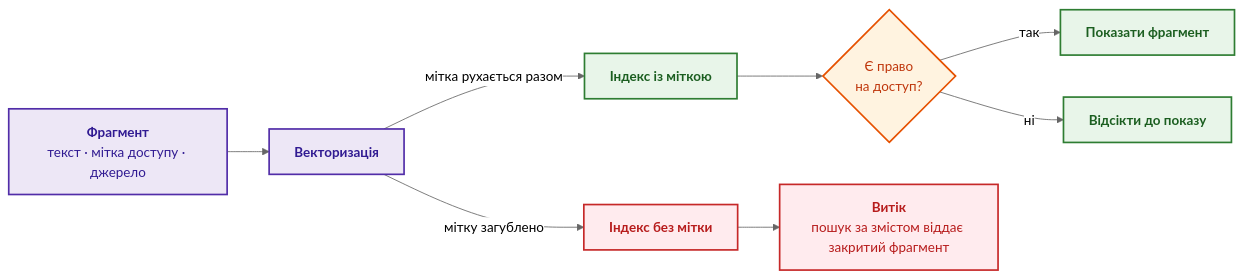
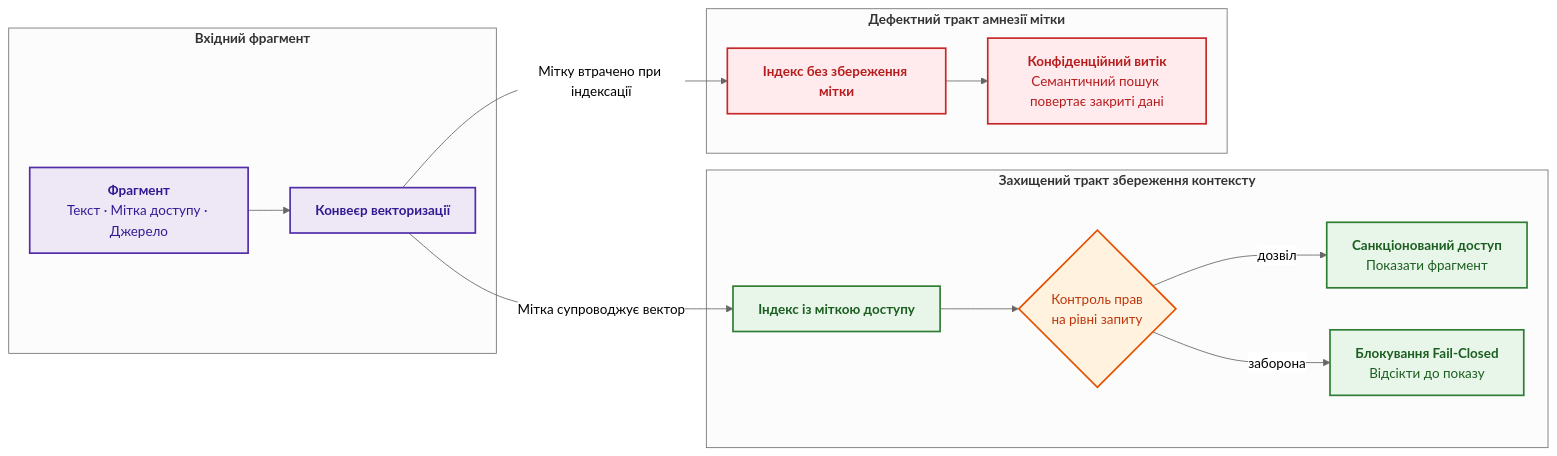
The ninth of 10 diagrams in ExpertSystem/ch08-engineering-artifacts-as-data.md (nick-fedchik/articles), drawn with Mermaid (neutral theme) before and after one commit. The commit also changed other lines of this file and 1 other file, not shown here.

Commit message:
docs(ch08): modernize legacy Mermaid diagrams to publication-grade flowchart and sync registry

````diff
--- a/ExpertSystem/ch08-engineering-artifacts-as-data.md
+++ b/ExpertSystem/ch08-engineering-artifacts-as-data.md
@@ -843,23 +916,40 @@
 ```mermaid
-graph LR
+flowchart LR
     accTitle: Збереження мітки доступу й запобігання витоку
     accDescr: Якщо мітка доступу проходить векторизацію разом із фрагментом, пошук відсікає заборонений фрагмент до показу; якщо мітку загублено, пошук за змістом віддає закритий фрагмент.
 
-    F["<b>Фрагмент</b><br/>текст · мітка доступу · джерело"] --> V["<b>Векторизація</b>"]
-    V -->|"мітка рухається разом"| IDX["<b>Індекс із міткою</b>"]
-    V -->|"мітку загублено"| BAD["<b>Індекс без мітки</b>"]
-    IDX --> Gate{"Є право<br/>на доступ?"}
-    Gate -->|"так"| Show["<b>Показати фрагмент</b>"]
-    Gate -->|"ні"| Block["<b>Відсікти до показу</b>"]
-    BAD --> Leak["<b>Витік</b><br/>пошук за змістом віддає закритий фрагмент"]
+    subgraph SourceArtifact["<b>Вхідний фрагмент</b>"]
+        F["<b>Фрагмент</b><br/>Текст · Мітка доступу · Джерело"]
+        V["<b>Конвеєр векторизації</b>"]
+        F --> V
+    end
+
+    subgraph SafeTrack["<b>Захищений тракт збереження контексту</b>"]
+        IDX["<b>Індекс із міткою доступу</b>"]
+        Gate{"Контроль прав<br/>на рівні запиту"}
+        Show["<b>Санкціонований доступ</b><br/>Показати фрагмент"]
+        Block["<b>Блокування Fail-Closed</b><br/>Відсікти до показу"]
+        IDX --> Gate
+        Gate -->|"дозвіл"| Show
+        Gate -->|"заборона"| Block
+    end
+
+    subgraph LeakTrack["<b>Дефектний тракт амнезії мітки</b>"]
+        BAD["<b>Індекс без збереження мітки</b>"]
+        Leak["<b>Конфіденційний витік</b><br/>Семантичний пошук повертає закриті дані"]
+        BAD --> Leak
+    end
+
+    V -->|"Мітка супроводжує вектор"| IDX
+    V -->|"Мітку втрачено при індексації"| BAD
 
     classDef frag fill:#ede7f6,stroke:#512da8,stroke-width:2px,color:#311b92;
     classDef goodIdx fill:#e8f5e9,stroke:#2e7d32,stroke-width:2px,color:#1b5e20;
     classDef badIdx fill:#ffebee,stroke:#c62828,stroke-width:2px,color:#b71c1c;
     classDef gate fill:#fff3e0,stroke:#e65100,stroke-width:2px,color:#bf360c;
 
     class F,V frag;
     class IDX,Show,Block goodIdx;
     class BAD,Leak badIdx;
     class Gate gate;
 ```
````
